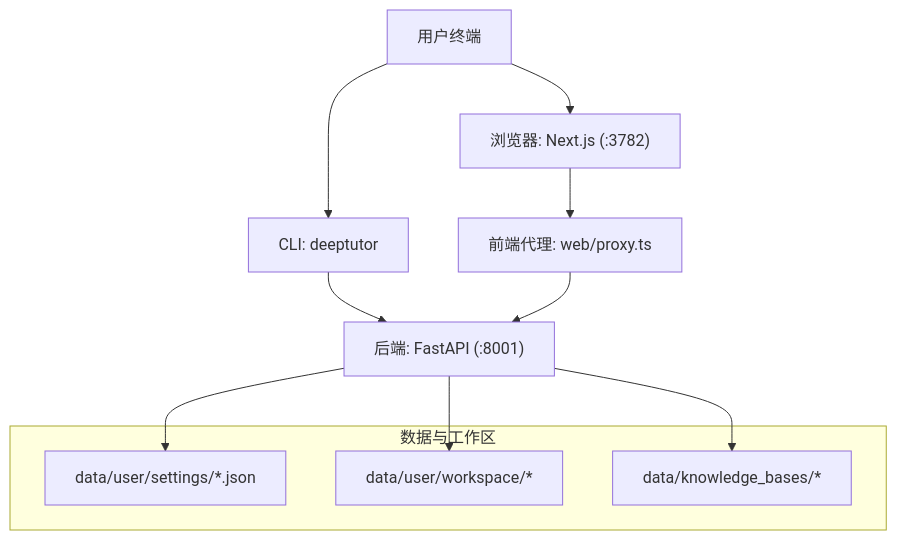
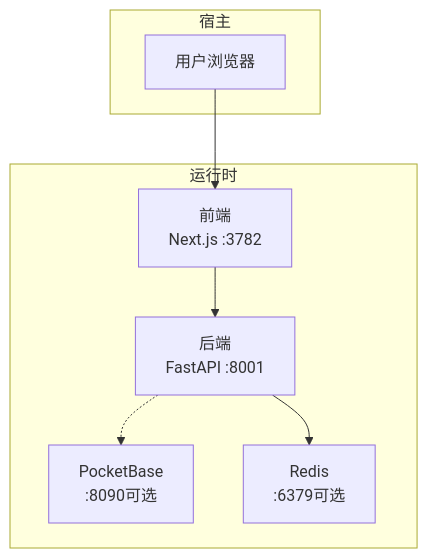
One commit to gongzili456/DeepTutor changed the first of 3 diagrams in .qoder/repowiki/zh/content/项目概述/快速开始指南.md. Above: the diagram before and after it, drawn with Mermaid. The commit also changed other lines of this file and 1242 other files, not shown here.

````diff
--- a/.qoder/repowiki/zh/content/项目概述/快速开始指南.md
+++ b/.qoder/repowiki/zh/content/项目概述/快速开始指南.md
@@ -33,16 +47,16 @@
 ```mermaid
 graph TB
-A["用户终端"] --> B["CLI: deeptutor"]
-B --> C["后端: FastAPI (:8001)"]
-A --> D["浏览器: Next.js (:3782)"]
-D --> E["前端代理: web/proxy.ts"]
-E --> C
-subgraph "数据与工作区"
-F["data/user/settings/*.json"]
-G["data/user/workspace/*"]
-H["data/knowledge_bases/*"]
+subgraph "运行时"
+FE["前端<br/>Next.js :3782"]
+BE["后端<br/>FastAPI :8001"]
+PB["PocketBase<br/>:8090可选"]
+RD["Redis<br/>:6379可选"]
 end
-C --> F
-C --> G
-C --> H
+subgraph "宿主"
+USER["用户浏览器"]
+end
+USER --> FE
+FE --> BE
+BE --> RD
+BE -.-> PB
 ```
````
